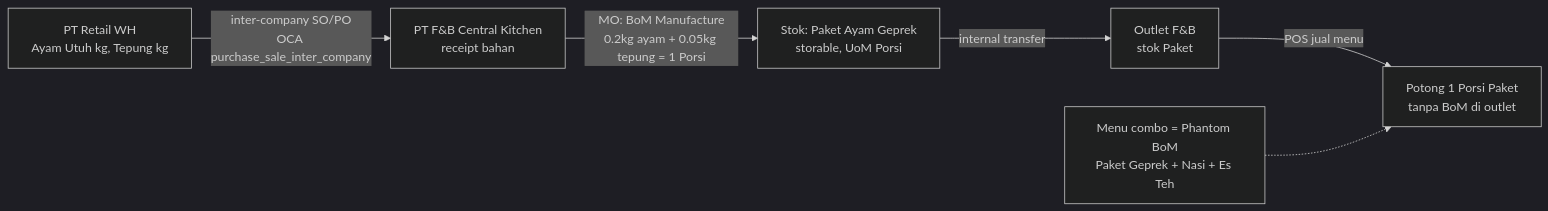
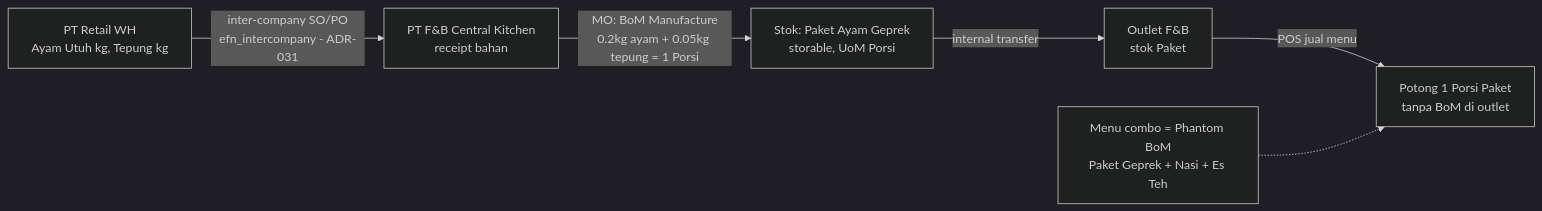
Before and after one commit to BIma-Creative-Tech/efn-platform: the fifth of 8 diagrams in docs/02_TARGET_ARCHITECTURE.md, drawn with Mermaid (dark theme). The commit also changed other lines of this file and 9 other files, not shown here.

````diff
--- a/docs/02_TARGET_ARCHITECTURE.md
+++ b/docs/02_TARGET_ARCHITECTURE.md
@@ -180,8 +185,8 @@
 ```mermaid
 flowchart LR
-  A[PT Retail WH<br/>Ayam Utuh kg, Tepung kg] -- inter-company SO/PO<br/>OCA purchase_sale_inter_company --> B[PT F&B Central Kitchen<br/>receipt bahan]
+  A[PT Retail WH<br/>Ayam Utuh kg, Tepung kg] -- inter-company SO/PO<br/>efn_intercompany - ADR-031 --> B[PT F&B Central Kitchen<br/>receipt bahan]
   B -- MO: BoM Manufacture<br/>0.2kg ayam + 0.05kg tepung = 1 Porsi --> C[Stok: Paket Ayam Geprek<br/>storable, UoM Porsi]
   C -- internal transfer --> D[Outlet F&B<br/>stok Paket]
   D -- POS jual menu --> E[Potong 1 Porsi Paket<br/>tanpa BoM di outlet]
   F[Menu combo = Phantom BoM<br/>Paket Geprek + Nasi + Es Teh] -.-> E
 ```
````
